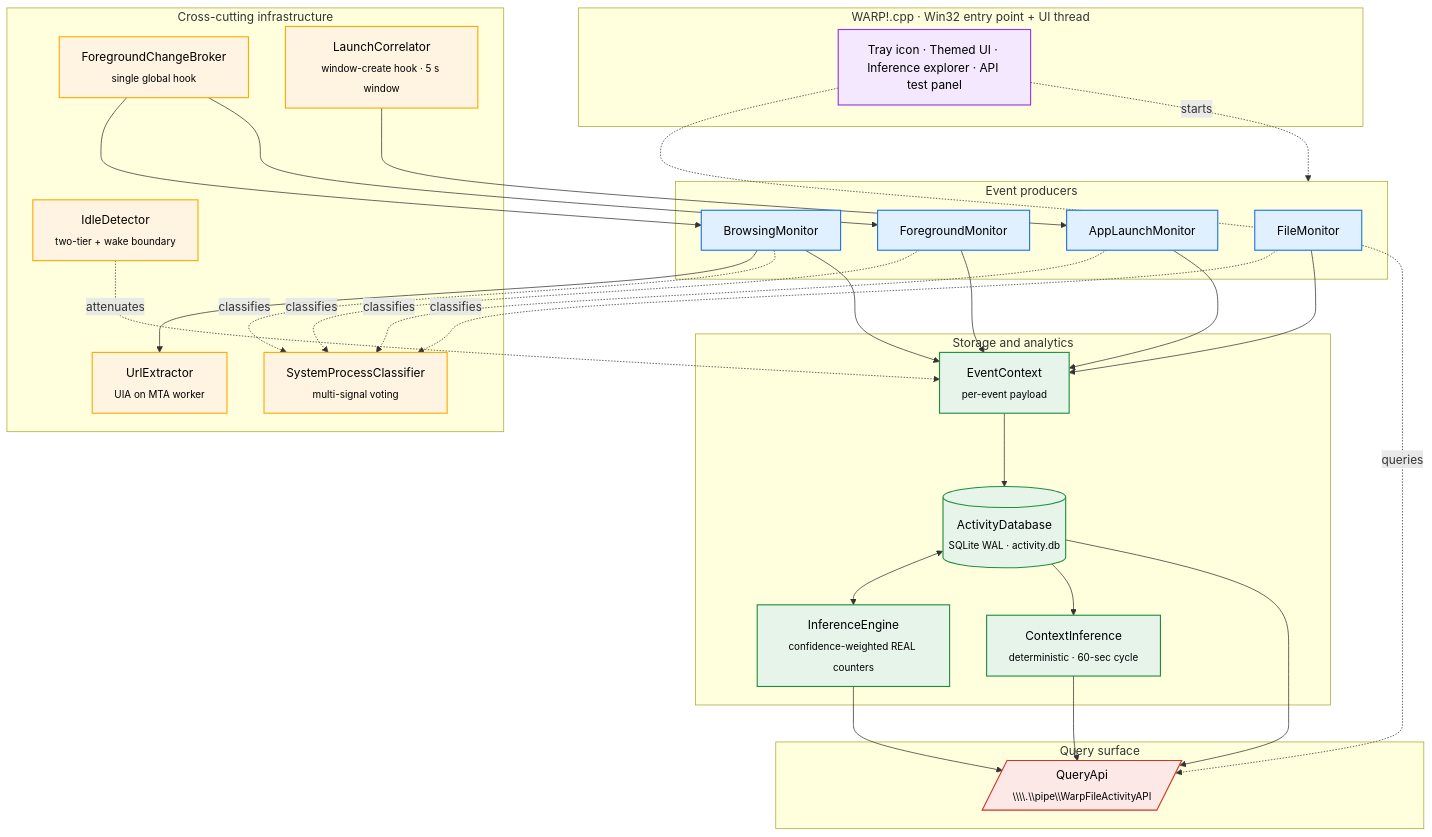
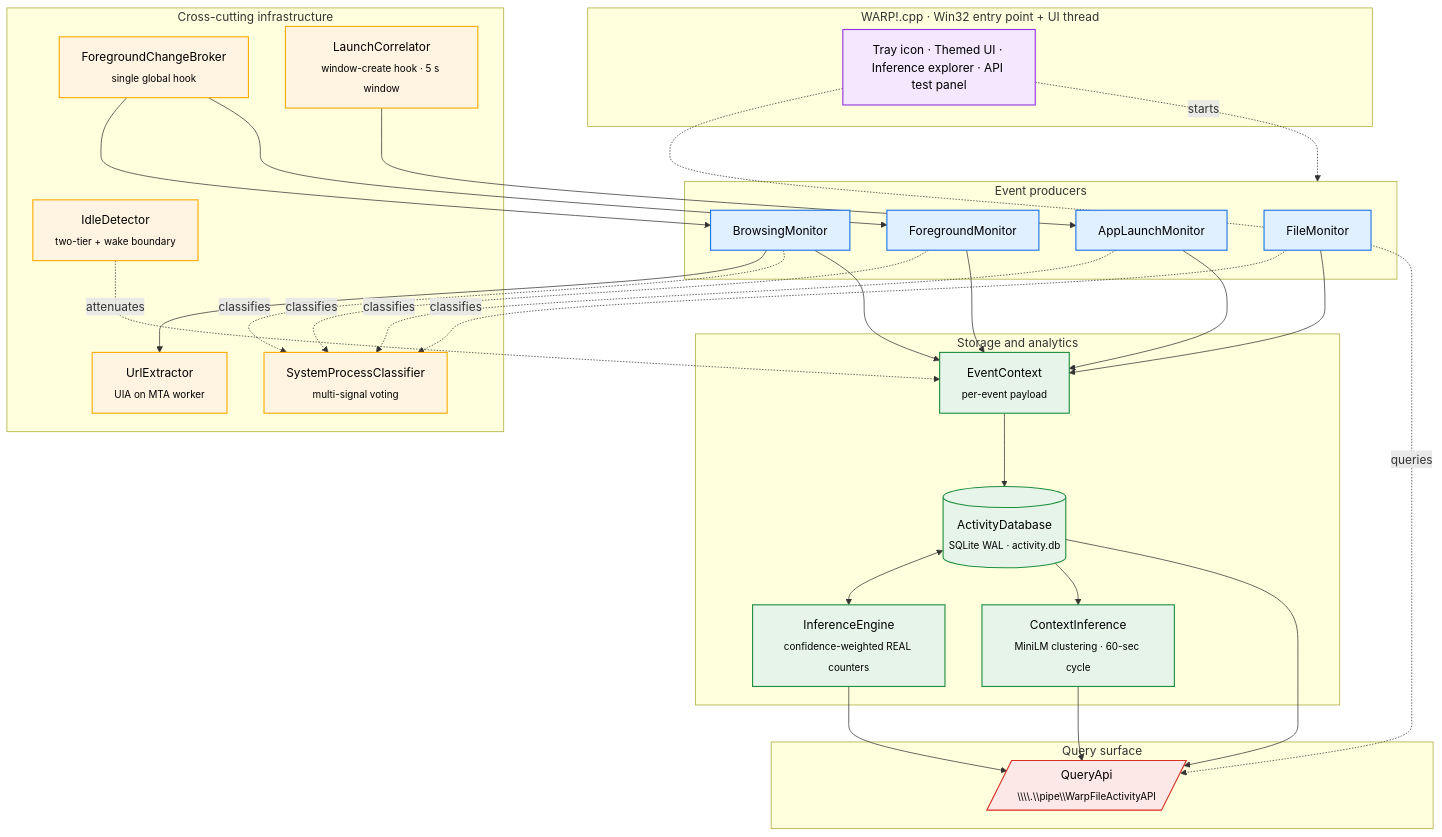
Before and after one commit to sumanthewhiz/WARP: the first of 5 diagrams in README.md, drawn with Mermaid. The commit also changed other lines of this file and 9 other files, not shown here.

````diff
--- a/README.md
+++ b/README.md
@@ -89,66 +89,66 @@
 ```mermaid
 flowchart TB
     classDef producer fill:#e1f0ff,stroke:#1a73e8,color:#000,stroke-width:1.5px
     classDef infra    fill:#fff4e1,stroke:#f9ab00,color:#000,stroke-width:1.5px
     classDef storage  fill:#e6f4ea,stroke:#1e8e3e,color:#000,stroke-width:1.5px
     classDef api      fill:#fce8e6,stroke:#d93025,color:#000,stroke-width:1.5px
     classDef ui       fill:#f3e8fd,stroke:#9334e6,color:#000,stroke-width:1.5px
 
     subgraph App ["WARP!.cpp · Win32 entry point + UI thread"]
         UI["Tray icon · Themed UI · Inference explorer · API test panel"]:::ui
     end
 
     subgraph Producers ["Event producers"]
         FM["FileMonitor"]:::producer
         ALM["AppLaunchMonitor"]:::producer
         BM["BrowsingMonitor"]:::producer
         FGM["ForegroundMonitor"]:::producer
     end
 
     subgraph Infra ["Cross-cutting infrastructure"]
         FCB["ForegroundChangeBroker<br/><sub>single global hook</sub>"]:::infra
         LC["LaunchCorrelator<br/><sub>window-create hook · 5 s window</sub>"]:::infra
         SPC["SystemProcessClassifier<br/><sub>multi-signal voting</sub>"]:::infra
         UE["UrlExtractor<br/><sub>UIA on MTA worker</sub>"]:::infra
         ID["IdleDetector<br/><sub>two-tier + wake boundary</sub>"]:::infra
     end
 
     subgraph Storage ["Storage and analytics"]
         EC["EventContext<br/><sub>per-event payload</sub>"]:::storage
         DB[("ActivityDatabase<br/><sub>SQLite WAL · activity.db</sub>")]:::storage
         IE["InferenceEngine<br/><sub>confidence-weighted REAL counters</sub>"]:::storage
-        TI["ContextInference<br/><sub>deterministic · 60-sec cycle</sub>"]:::storage
+        TI["ContextInference<br/><sub>MiniLM clustering · 60-sec cycle</sub>"]:::storage
     end
 
     subgraph QueryLayer ["Query surface"]
         API[/"QueryApi<br/><sub>\\\\.\\pipe\\WarpFileActivityAPI</sub>"/]:::api
     end
 
     UI -. starts .-> Producers
     UI -. queries .-> API
 
     FCB --> BM
     FCB --> FGM
     LC  --> ALM
     BM  --> UE
 
     FM  -. classifies .-> SPC
     ALM -. classifies .-> SPC
     BM  -. classifies .-> SPC
     FGM -. classifies .-> SPC
 
     ID -. attenuates .-> EC
 
     FM  --> EC
     ALM --> EC
     BM  --> EC
     FGM --> EC
 
     EC --> DB
     DB <--> IE
     DB --> TI
 
     IE --> API
     DB --> API
     TI --> API
 ```
````
